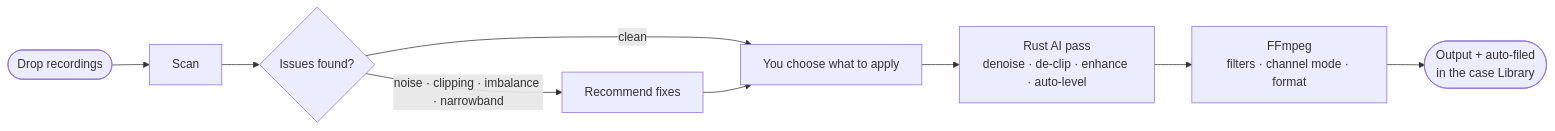
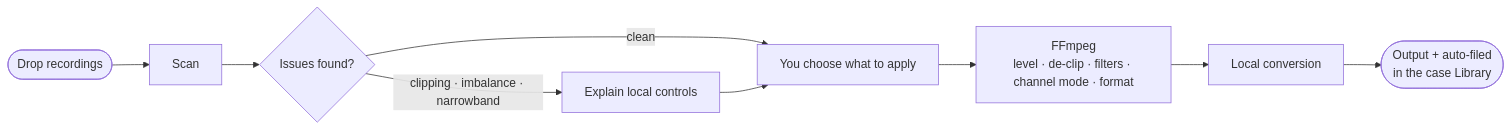
The diagram in README.md (DepoStack/depo-audio), drawn with Mermaid before and after one commit. The commit also changed other lines of this file and 55 other files, not shown here.

````diff
--- a/README.md
+++ b/README.md
@@ -43,11 +48,11 @@
 ```mermaid
 flowchart LR
     A([Drop recordings]) --> B[Scan]
     B --> C{Issues found?}
-    C -->|noise · clipping · imbalance · narrowband| D[Recommend fixes]
+    C -->|clipping · imbalance · narrowband| D[Explain local controls]
     C -->|clean| E
     D --> E[You choose what to apply]
-    E --> F[Rust AI pass<br/>denoise · de-clip · enhance · auto-level]
-    F --> G[FFmpeg<br/>filters · channel mode · format]
+    E --> F[FFmpeg<br/>level · de-clip · filters · channel mode · format]
+    F --> G[Local conversion]
     G --> H([Output + auto-filed<br/>in the case Library])
 ```
````
